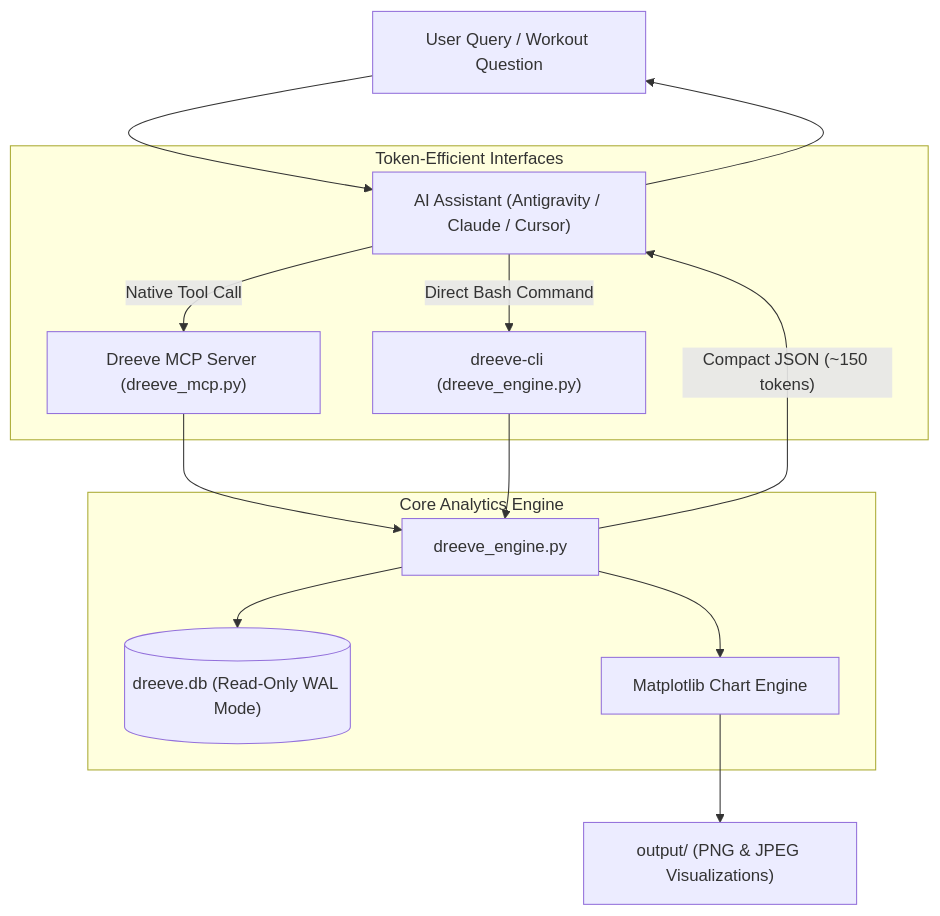
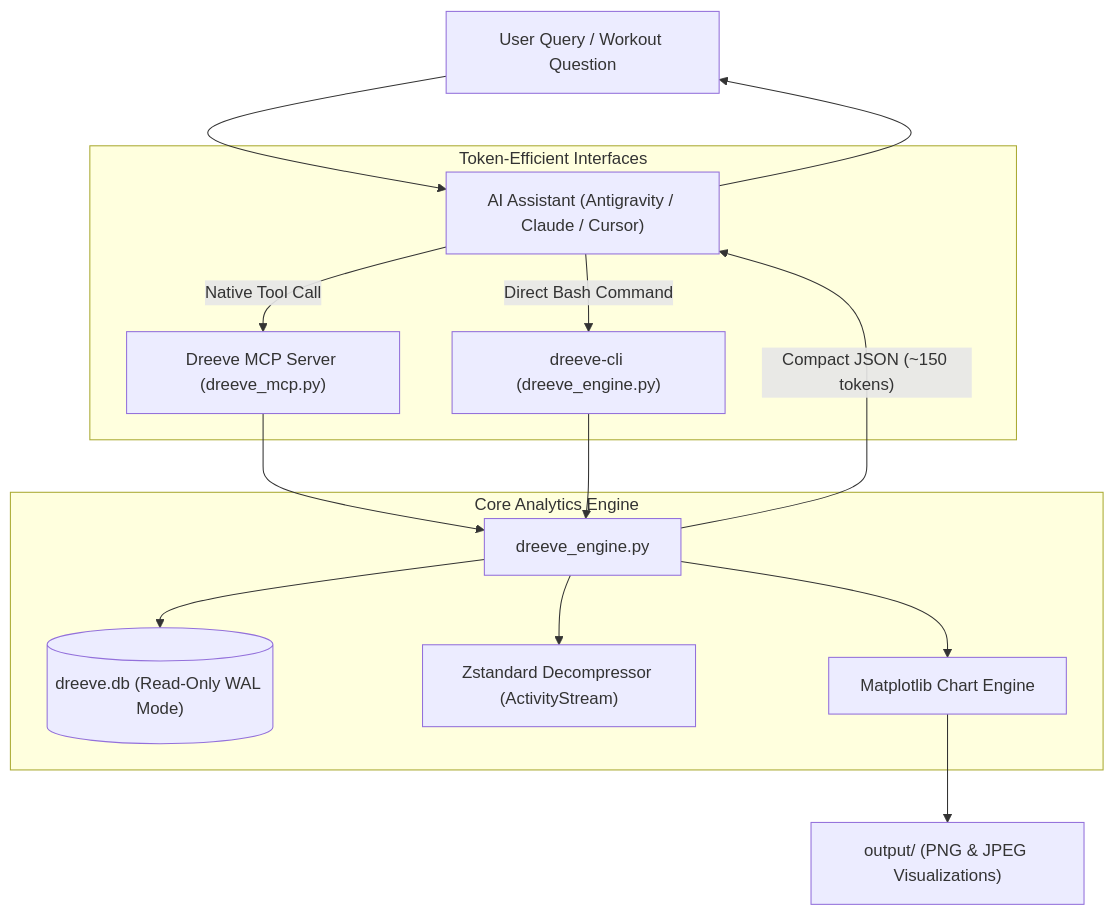
Before and after one commit to JournalKenobi11/RunTAG: the diagram in README.md, drawn with Mermaid. The commit also changed other lines of this file and 5 other files, not shown here.

````diff
--- a/README.md
+++ b/README.md
@@ -15,20 +15,21 @@
 ```mermaid
 flowchart TD
     User["User Query / Workout Question"] --> Agent["AI Assistant (Antigravity / Claude / Cursor)"]
     
     subgraph Interfaces["Token-Efficient Interfaces"]
         Agent -->|"Native Tool Call"| MCP["Dreeve MCP Server (dreeve_mcp.py)"]
         Agent -->|"Direct Bash Command"| CLI["dreeve-cli (dreeve_engine.py)"]
     end
     
     subgraph CoreEngine["Core Analytics Engine"]
         MCP --> Engine["dreeve_engine.py"]
         CLI --> Engine
         Engine --> SQLite[("dreeve.db (Read-Only WAL Mode)")]
+        Engine --> Decompressor["Zstandard Decompressor (ActivityStream)"]
         Engine --> Visualizer["Matplotlib Chart Engine"]
     end
     
     Visualizer --> OutputDir["output/ (PNG & JPEG Visualizations)"]
     Engine -->|"Compact JSON (~150 tokens)"| Agent
     Agent --> User
 ```
````
